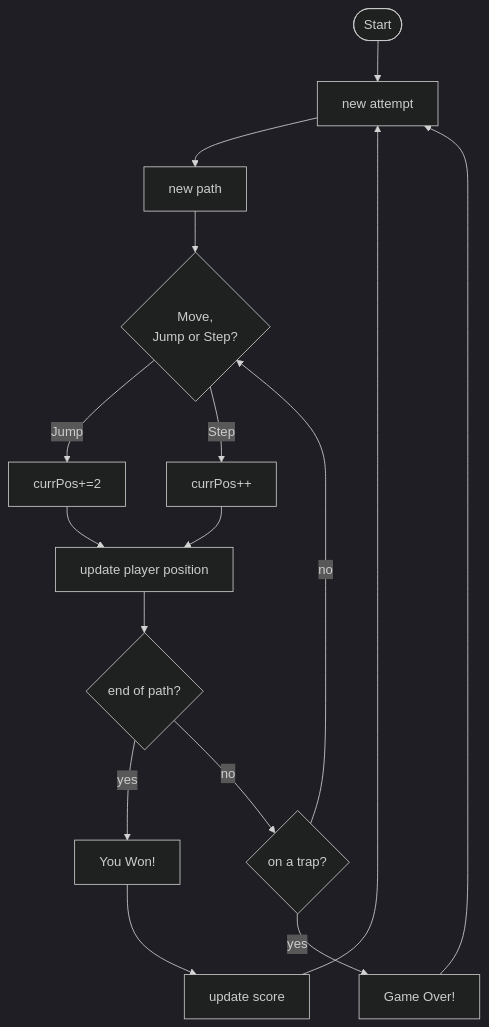
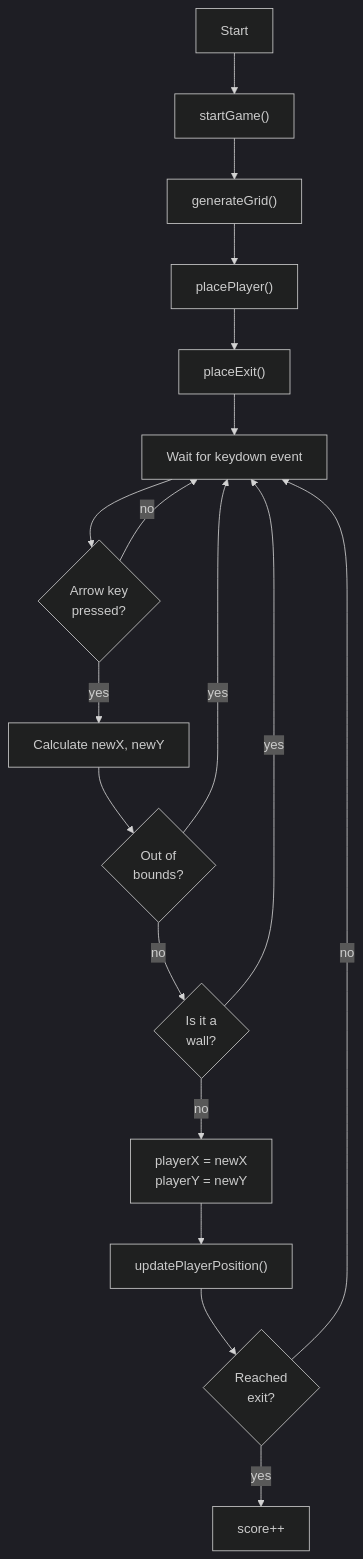
Before and after one commit to elisacaridi2003-bot/MaInD-Creative-Coding-Foundation-2025: the diagram in Assignments/Assignment - 02/README.md, drawn with Mermaid (dark theme). The commit also changed other lines of this file, not shown here.

First line of the commit message:
Revise README with new screenshots and flowchart

````diff
--- a/Assignments/Assignment - 02/README.md
+++ b/Assignments/Assignment - 02/README.md
@@ -24,22 +24,20 @@
 ```mermaid
-flowchart TD
-    n1["Start"] --> n7["new attempt"]
-    n2["Move,<br>Jump or Step?"] -- Jump --> n3["currPos+=2"]
-    n2 -- Step --> n4["currPos++"]
-    n9["Game Over!"] --> n7
-    n8["on a trap?"] -- yes --> n9
-    n5["end of path?"] -- yes --> n10["You Won!"]
-    n10 --> n11["update score"]
-    n11 --> n7
-    n12["new path"] --> n2
-    n7 --> n12
-    n3 --> n14["update player position"]
-    n4 --> n14
-    n14 --> n5
-    n8 -- no --> n2
-    n5 -- no --> n8
-    n1@{ shape: terminal}
-    n2@{ shape: decision}
-    n8@{ shape: decision}
-    n5@{ shape: decision}
+flowchart TB
+    n1["Start"] --> n2["startGame()"]
+    n2 --> n3["generateGrid()"]
+    n3 --> n4["placePlayer()"]
+    n4 --> n5["placeExit()"]
+    n5 --> n6["Wait for keydown event"]
+    n6 --> n7{"Arrow key<br>pressed?"}
+    n7 -- no --> n6
+    n7 -- yes --> n8["Calculate newX, newY"]
+    n8 --> n9{"Out of<br>bounds?"}
+    n9 -- yes --> n6
+    n9 -- no --> n10{"Is it a<br>wall?"}
+    n10 -- yes --> n6
+    n10 -- no --> n11["playerX = newX<br>playerY = newY"]
+    n11 --> n12["updatePlayerPosition()"]
+    n12 --> n13{"Reached<br>exit?"}
+    n13 -- no --> n6
+    n13 -- yes --> n14["score++"]
 ```
````
